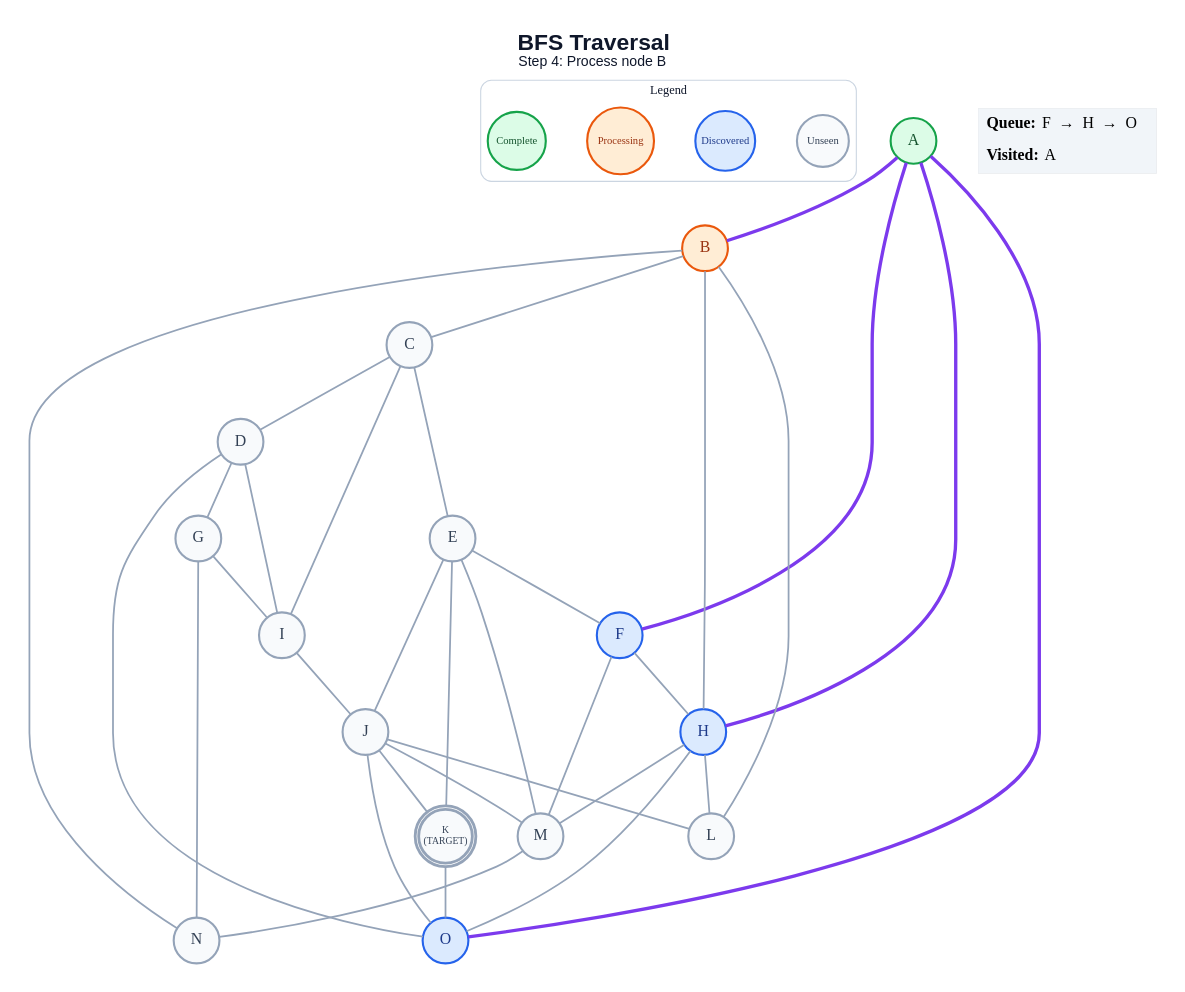
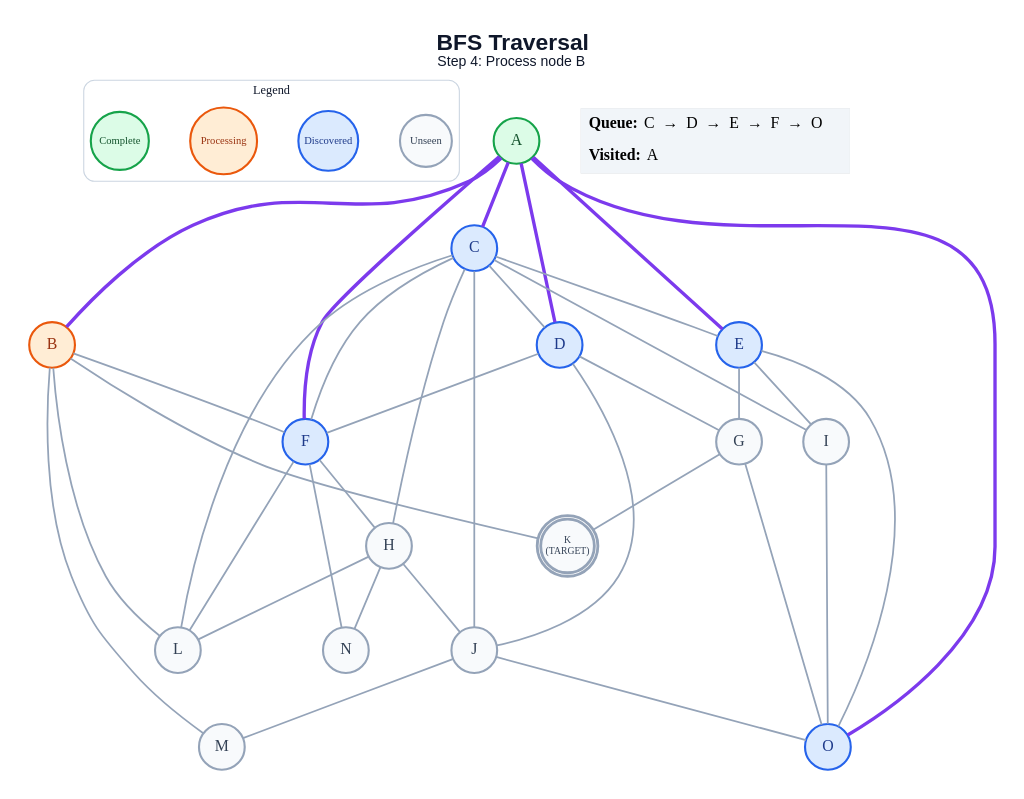
One commit to anon7238593-create/ai-slop changed the diagram in generated/short-circuit/bfs/step_04.dot. Above: the diagram before and after it, drawn with Graphviz. The commit also changed 253 other files, not shown here.

```diff
--- a/generated/short-circuit/bfs/step_04.dot
+++ b/generated/short-circuit/bfs/step_04.dot
@@ -1,66 +1,68 @@
 graph traversal {
   graph [layout=dot, rankdir=TB, bgcolor="#FFFFFF", pad="0.35", nodesep="0.65", ranksep="0.8", fontname="Arial"];
   node [shape=circle, style="filled", fontname="Arial Bold", fontsize=18, width=0.72, fixedsize=true, penwidth=2.4];
   edge [color="#94A3B8", penwidth=2.0];
   label=<<B>BFS Traversal</B><BR/><FONT POINT-SIZE="16">Step 4: Process node B</FONT>>; labelloc="t"; fontsize=26; fontname="Arial"; fontcolor="#0F172A";
   subgraph cluster_legend { label="Legend"; color="#CBD5E1"; penwidth=1.2; style="rounded"; fontsize=14; fontname="Arial Bold";
     key_unseen [label="Unseen", fillcolor="#F8FAFC", color="#94A3B8", fontcolor="#334155", fontsize=12, width=0.82];
     key_frontier [label="Discovered", fillcolor="#DBEAFE", color="#2563EB", fontcolor="#1E3A8A", fontsize=12, width=0.95];
     key_current [label="Processing", fillcolor="#FFEDD5", color="#EA580C", fontcolor="#9A3412", fontsize=12, width=1.05];
     key_done [label="Complete", fillcolor="#DCFCE7", color="#16A34A", fontcolor="#14532D", fontsize=12, width=0.92];
     { rank=same; key_unseen; key_frontier; key_current; key_done; }
   }
   A [label="A", fillcolor="#DCFCE7", color="#16A34A", fontcolor="#14532D", peripheries=1, penwidth=2.4];
   B [label="B", fillcolor="#FFEDD5", color="#EA580C", fontcolor="#9A3412", peripheries=1, penwidth=2.4];
-  C [label="C", fillcolor="#F8FAFC", color="#94A3B8", fontcolor="#334155", peripheries=1, penwidth=2.4];
-  D [label="D", fillcolor="#F8FAFC", color="#94A3B8", fontcolor="#334155", peripheries=1, penwidth=2.4];
-  E [label="E", fillcolor="#F8FAFC", color="#94A3B8", fontcolor="#334155", peripheries=1, penwidth=2.4];
+  C [label="C", fillcolor="#DBEAFE", color="#2563EB", fontcolor="#1E3A8A", peripheries=1, penwidth=2.4];
+  D [label="D", fillcolor="#DBEAFE", color="#2563EB", fontcolor="#1E3A8A", peripheries=1, penwidth=2.4];
+  E [label="E", fillcolor="#DBEAFE", color="#2563EB", fontcolor="#1E3A8A", peripheries=1, penwidth=2.4];
   F [label="F", fillcolor="#DBEAFE", color="#2563EB", fontcolor="#1E3A8A", peripheries=1, penwidth=2.4];
   G [label="G", fillcolor="#F8FAFC", color="#94A3B8", fontcolor="#334155", peripheries=1, penwidth=2.4];
-  H [label="H", fillcolor="#DBEAFE", color="#2563EB", fontcolor="#1E3A8A", peripheries=1, penwidth=2.4];
+  H [label="H", fillcolor="#F8FAFC", color="#94A3B8", fontcolor="#334155", peripheries=1, penwidth=2.4];
   I [label="I", fillcolor="#F8FAFC", color="#94A3B8", fontcolor="#334155", peripheries=1, penwidth=2.4];
   J [label="J", fillcolor="#F8FAFC", color="#94A3B8", fontcolor="#334155", peripheries=1, penwidth=2.4];
   K [label="K\n(TARGET)", fillcolor="#F8FAFC", color="#94A3B8", fontcolor="#334155", peripheries=2, penwidth=3.2, fontsize=11, width=0.85, height=0.85];
   L [label="L", fillcolor="#F8FAFC", color="#94A3B8", fontcolor="#334155", peripheries=1, penwidth=2.4];
   M [label="M", fillcolor="#F8FAFC", color="#94A3B8", fontcolor="#334155", peripheries=1, penwidth=2.4];
   N [label="N", fillcolor="#F8FAFC", color="#94A3B8", fontcolor="#334155", peripheries=1, penwidth=2.4];
   O [label="O", fillcolor="#DBEAFE", color="#2563EB", fontcolor="#1E3A8A", peripheries=1, penwidth=2.4];
   A -- B [color="#7C3AED", penwidth=3.8];
+  A -- C [color="#7C3AED", penwidth=3.8];
+  A -- D [color="#7C3AED", penwidth=3.8];
+  A -- E [color="#7C3AED", penwidth=3.8];
   A -- F [color="#7C3AED", penwidth=3.8];
-  A -- H [color="#7C3AED", penwidth=3.8];
   A -- O [color="#7C3AED", penwidth=3.8];
-  B -- C;
-  B -- H;
+  B -- F;
+  B -- K;
   B -- L;
-  B -- N;
+  B -- M;
   C -- D;
   C -- E;
+  C -- F;
+  C -- H;
   C -- I;
+  C -- J;
+  C -- L;
+  D -- F;
   D -- G;
-  D -- I;
-  D -- O;
-  E -- F;
-  E -- J;
-  E -- K;
-  E -- M;
+  D -- J;
+  E -- G;
+  E -- I;
+  E -- O;
   F -- H;
-  F -- M;
-  G -- I;
-  G -- N;
+  F -- L;
+  F -- N;
+  G -- K;
+  G -- O;
+  H -- J;
   H -- L;
-  H -- M;
-  H -- O;
-  I -- J;
-  J -- K;
-  J -- L;
+  H -- N;
+  I -- O;
   J -- M;
   J -- O;
-  K -- O;
-  M -- N;
   status [shape=plain, fixedsize=false, width=0, height=0, margin=0, label=<
     <TABLE BORDER="0" CELLBORDER="0" CELLPADDING="7" BGCOLOR="#F1F5F9">
-      <TR><TD ALIGN="LEFT"><B>Queue:</B> F  →  H  →  O</TD></TR>
+      <TR><TD ALIGN="LEFT"><B>Queue:</B> C  →  D  →  E  →  F  →  O</TD></TR>
       <TR><TD ALIGN="LEFT"><B>Visited:</B> A</TD></TR>
     </TABLE>
   >];
 }
```
